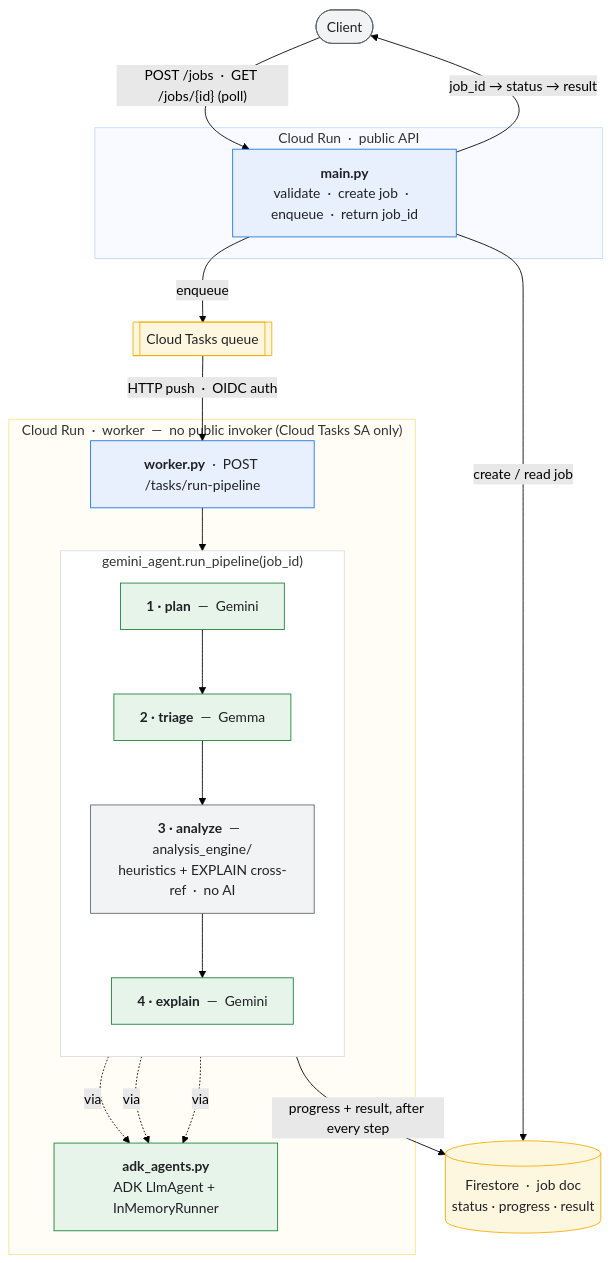
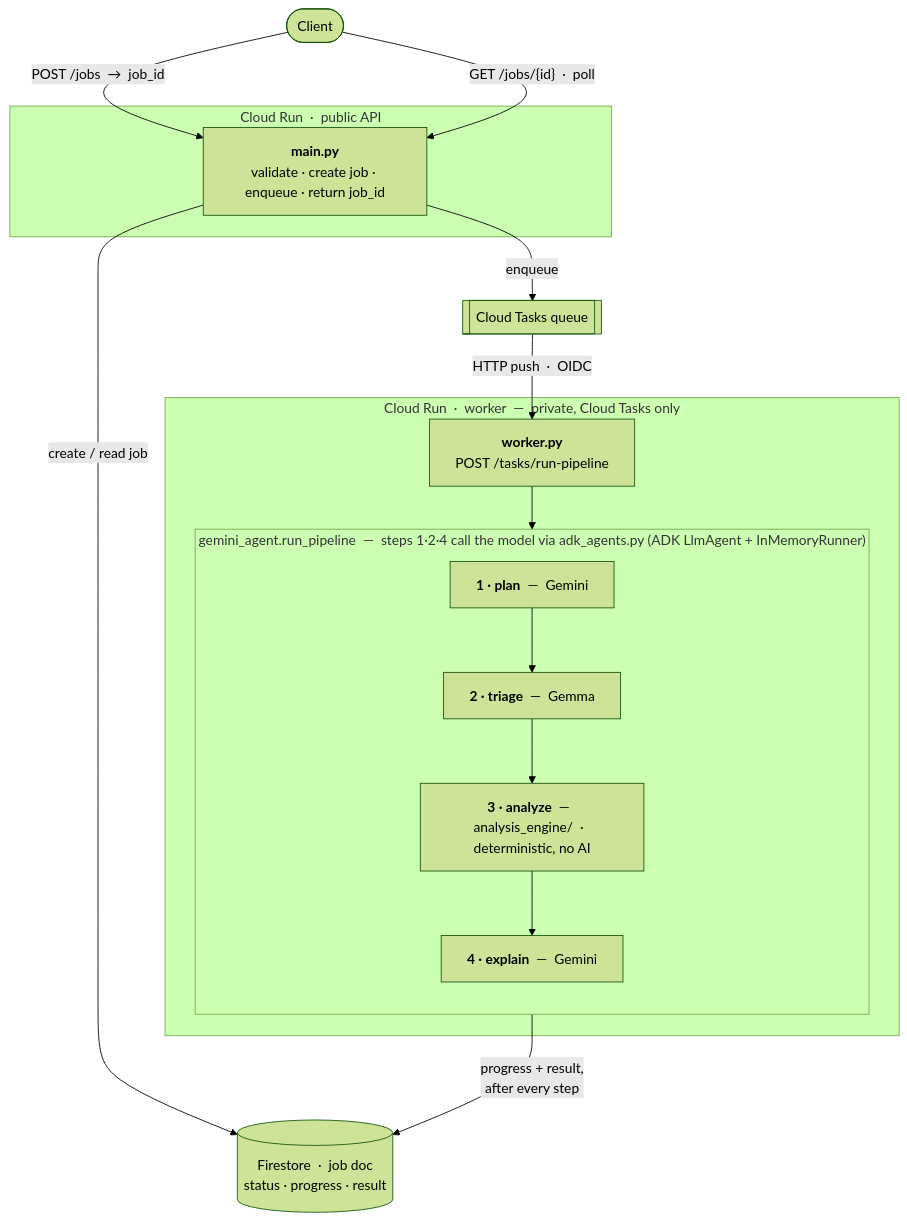
Before and after one commit to AutoShiftOps/querytuner-agent: the diagram in README.md, drawn with Mermaid (forest theme).

Commit message:
Make the architecture diagram readable in dark mode
Drop the hardcoded white/pastel fills that rendered as white-on-white
(invisible edges and labels) in GitHub dark mode — let GitHub's
theme-adaptive Mermaid palette handle colours in both themes.

Also tighten the layout: single vertical spine, fold the adk_agents.py
note into the pipeline subgraph label, and remove the per-step "via"
dashed edges that were staggering the 1->2->3->4 chain.

````diff
--- a/README.md
+++ b/README.md
@@ -31,48 +31,32 @@
 ```mermaid
-flowchart TB
+flowchart TD
     client(["Client"])
 
-    subgraph pub ["Cloud Run &nbsp;·&nbsp; public API"]
-        api["<b>main.py</b><br/>validate &nbsp;·&nbsp; create job &nbsp;·&nbsp; enqueue &nbsp;·&nbsp; return job_id"]
+    subgraph pub ["Cloud Run &nbsp;&middot;&nbsp; public API"]
+        api["<b>main.py</b><br/>validate &middot; create job &middot; enqueue &middot; return job_id"]
     end
 
     queue[["Cloud Tasks queue"]]
 
-    subgraph wrk ["Cloud Run &nbsp;·&nbsp; worker &nbsp;—&nbsp; no public invoker (Cloud Tasks SA only)"]
-        worker["<b>worker.py</b> &nbsp;·&nbsp; POST /tasks/run-pipeline"]
-        subgraph pipe ["gemini_agent.run_pipeline(job_id)"]
+    subgraph wrk ["Cloud Run &nbsp;&middot;&nbsp; worker &nbsp;&mdash;&nbsp; private, Cloud Tasks only"]
+        worker["<b>worker.py</b><br/>POST /tasks/run-pipeline"]
+        subgraph pipe ["gemini_agent.run_pipeline &nbsp;&mdash;&nbsp; steps 1&middot;2&middot;4 call the model via adk_agents.py (ADK LlmAgent + InMemoryRunner)"]
             direction TB
-            p1["<b>1 · plan</b> &nbsp;—&nbsp; Gemini"]
-            p2["<b>2 · triage</b> &nbsp;—&nbsp; Gemma"]
-            p3["<b>3 · analyze</b> &nbsp;—&nbsp; analysis_engine/<br/>heuristics + EXPLAIN cross-ref &nbsp;·&nbsp; no AI"]
-            p4["<b>4 · explain</b> &nbsp;—&nbsp; Gemini"]
+            p1["<b>1 &middot; plan</b> &nbsp;&mdash;&nbsp; Gemini"]
+            p2["<b>2 &middot; triage</b> &nbsp;&mdash;&nbsp; Gemma"]
+            p3["<b>3 &middot; analyze</b> &nbsp;&mdash;&nbsp; analysis_engine/ &nbsp;&middot;&nbsp; deterministic, no AI"]
+            p4["<b>4 &middot; explain</b> &nbsp;&mdash;&nbsp; Gemini"]
             p1 --> p2 --> p3 --> p4
         end
-        adk["<b>adk_agents.py</b><br/>ADK LlmAgent + InMemoryRunner"]
         worker --> p1
-        p1 -. via .-> adk
-        p2 -. via .-> adk
-        p4 -. via .-> adk
     end
 
-    fs[("Firestore &nbsp;·&nbsp; job doc<br/>status · progress · result")]
+    fs[("Firestore &nbsp;&middot;&nbsp; job doc<br/>status &middot; progress &middot; result")]
 
-    client -- "POST /jobs &nbsp;·&nbsp; GET /jobs/{id} (poll)" --> api
-    api -- "job_id → status → result" --> client
-    api -- "enqueue" --> queue
-    queue -- "HTTP push &nbsp;·&nbsp; OIDC auth" --> worker
-    api -- "create / read job" --> fs
-    p4 -- "progress + result, after every step" --> fs
-
-    classDef service fill:#E8F0FE,stroke:#1A73E8,color:#202124
-    classDef managed fill:#FEF7E0,stroke:#F9AB00,color:#202124
-    classDef ai fill:#E6F4EA,stroke:#188038,color:#202124
-    classDef plain fill:#F1F3F4,stroke:#5F6368,color:#202124
-    class api,worker service
-    class queue,fs managed
-    class adk,p1,p2,p4 ai
-    class p3,client plain
-    style pub fill:#F8FAFF,stroke:#C6DAFC
-    style wrk fill:#FFFDF5,stroke:#FDE293
-    style pipe fill:#FFFFFF,stroke:#DADCE0
+    client -->|"POST /jobs &nbsp;&rarr;&nbsp; job_id"| api
+    client -->|"GET /jobs/{id} &nbsp;&middot;&nbsp; poll"| api
+    api -->|"enqueue"| queue
+    queue -->|"HTTP push &nbsp;&middot;&nbsp; OIDC"| worker
+    api -->|"create / read job"| fs
+    p4 -->|"progress + result,<br/>after every step"| fs
 ```
````
